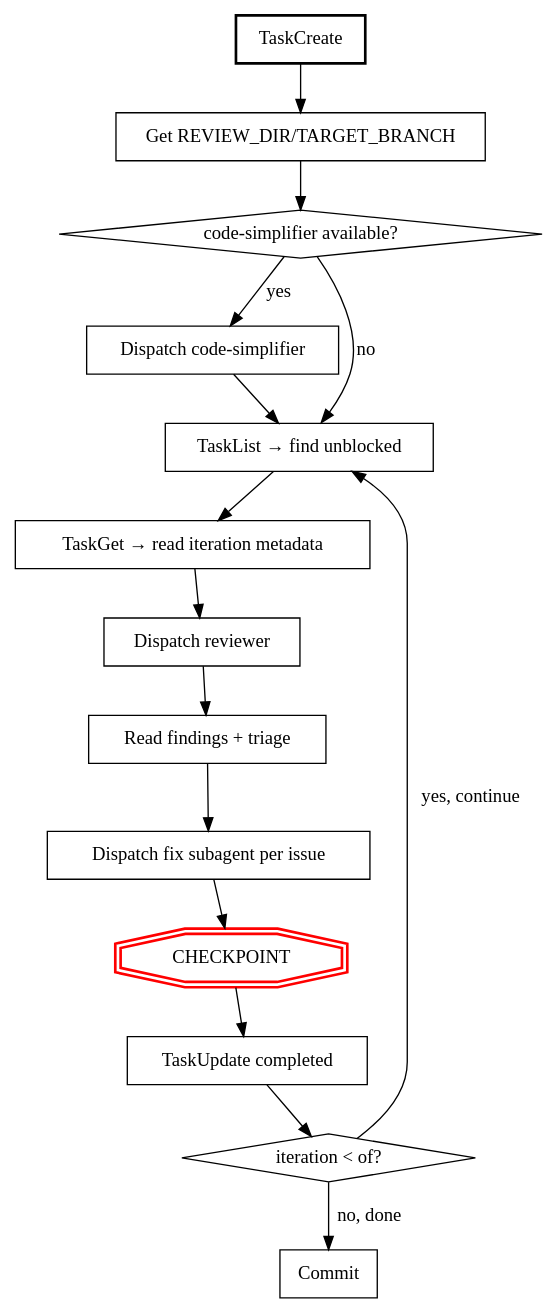
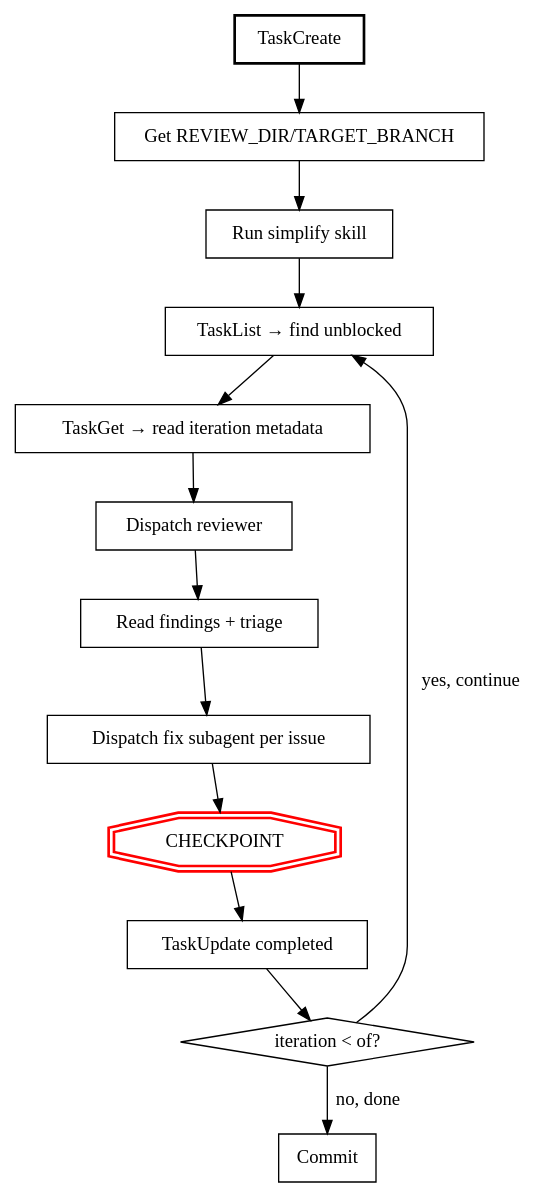
Before and after one commit to onsails/cc: the diagram in review-loop/skills/review-loop/SKILL.md, drawn with Graphviz. The commit also changed other lines of this file and 3 other files, not shown here.

First line of the commit message:
refactor(review-loop): replace code-simplifier subagent with simplify skill

````diff
--- a/review-loop/skills/review-loop/SKILL.md
+++ b/review-loop/skills/review-loop/SKILL.md
@@ -61,33 +42,30 @@
 ```dot
 digraph review_loop {
     rankdir=TB;
     "TaskCreate" [shape=box, style=bold];
     "Get REVIEW_DIR/TARGET_BRANCH" [shape=box];
-    "code-simplifier available?" [shape=diamond];
-    "Dispatch code-simplifier" [shape=box];
+    "Run simplify skill" [shape=box];
     "TaskList → find unblocked" [shape=box];
     "TaskGet → read iteration metadata" [shape=box];
     "Dispatch reviewer" [shape=box];
     "Read findings + triage" [shape=box];
     "Dispatch fix subagent per issue" [shape=box];
     "CHECKPOINT" [shape=doubleoctagon, style=bold, color=red];
     "TaskUpdate completed" [shape=box];
     "iteration < of?" [shape=diamond];
     "Commit" [shape=box];
 
     "TaskCreate" -> "Get REVIEW_DIR/TARGET_BRANCH";
-    "Get REVIEW_DIR/TARGET_BRANCH" -> "code-simplifier available?";
-    "code-simplifier available?" -> "Dispatch code-simplifier" [label="yes"];
-    "code-simplifier available?" -> "TaskList → find unblocked" [label="no"];
-    "Dispatch code-simplifier" -> "TaskList → find unblocked";
+    "Get REVIEW_DIR/TARGET_BRANCH" -> "Run simplify skill";
+    "Run simplify skill" -> "TaskList → find unblocked";
     "TaskList → find unblocked" -> "TaskGet → read iteration metadata";
     "TaskGet → read iteration metadata" -> "Dispatch reviewer";
     "Dispatch reviewer" -> "Read findings + triage";
     "Read findings + triage" -> "Dispatch fix subagent per issue";
     "Dispatch fix subagent per issue" -> "CHECKPOINT";
     "CHECKPOINT" -> "TaskUpdate completed";
     "TaskUpdate completed" -> "iteration < of?";
     "iteration < of?" -> "TaskList → find unblocked" [label="yes, continue"];
     "iteration < of?" -> "Commit" [label="no, done"];
 }
 ```
````
